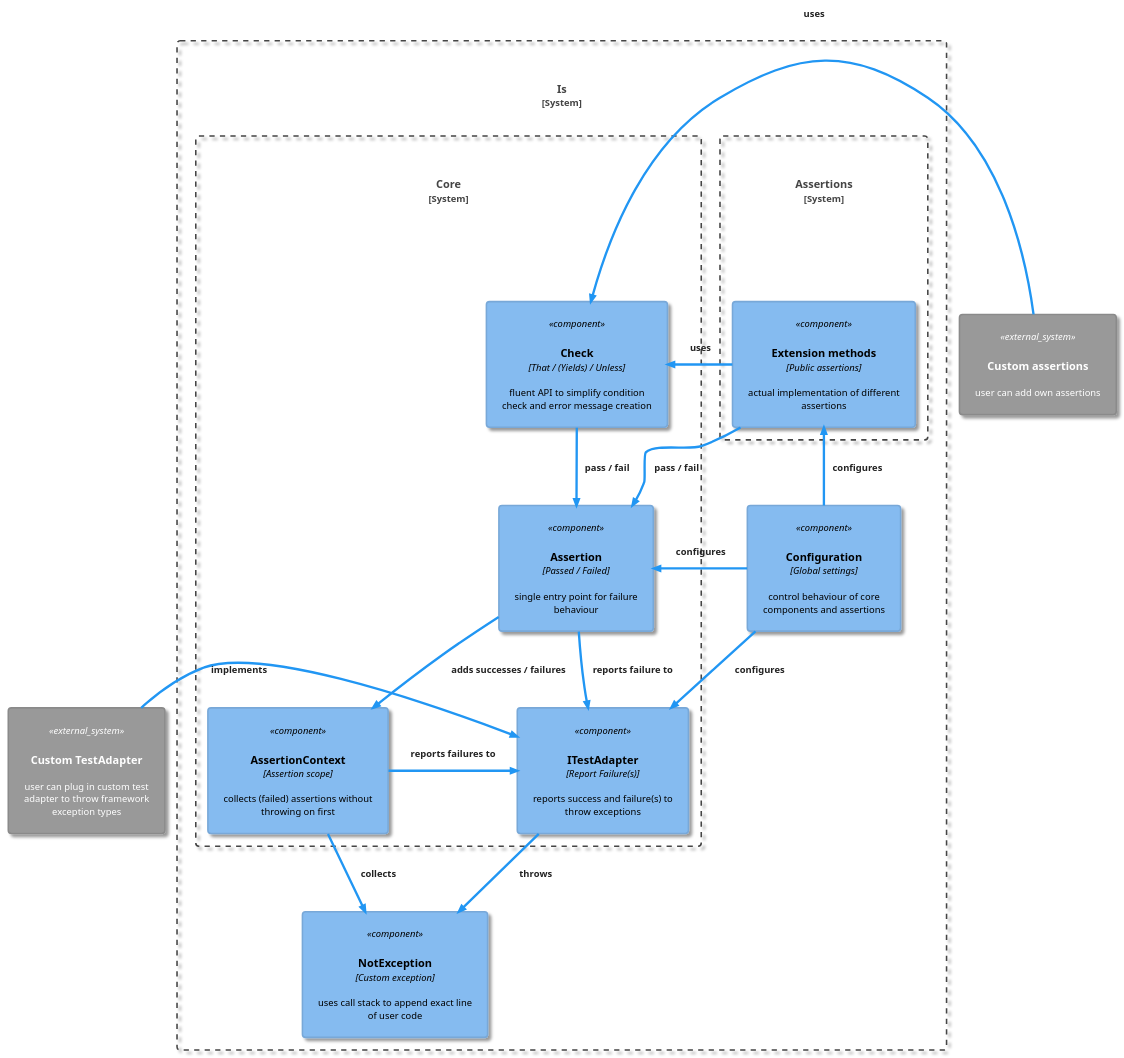
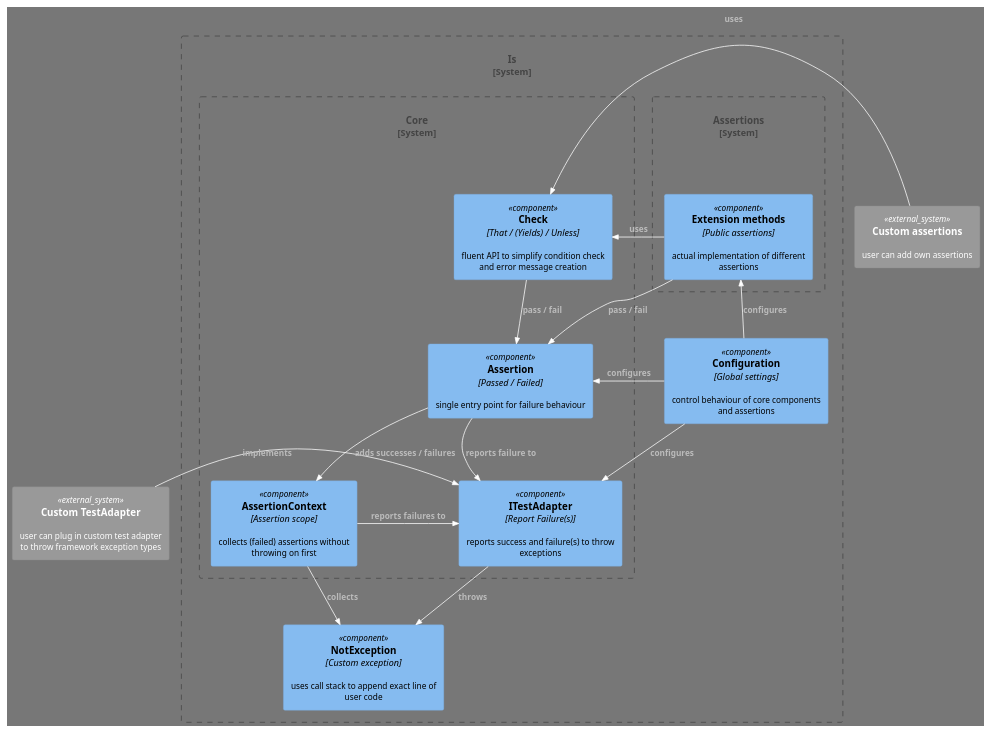
One commit to chrismo80/Is changed the diagram in Docs/Architecture.plantuml. Above: the diagram before and after it, drawn with PlantUML. The commit also changed 1 other file, not shown here.

Commit message:
Update architecture

```diff
--- a/Docs/Architecture.plantuml
+++ b/Docs/Architecture.plantuml
@@ -1,49 +1,51 @@
 @startuml "Architecture"
 
 !include <C4/C4_Component>
 
+!theme reddress-darkblue
+' !theme plain
 ' !theme metal
-!theme materia
+' !theme materia
 
 ' left to right direction
 
 System_Ext(ca, "Custom assertions", "user can add own assertions")
 System_Ext(cta, "Custom TestAdapter", "user can plug in custom test adapter to throw framework exception types")
 
 System_Boundary(Is, "Is") {
     Component(ex, "NotException", "Custom exception", "uses call stack to append exact line of user code")
     Component(conf, "Configuration", "Global settings", "control behaviour of core components and assertions")
 
     System_Boundary(Assertions, "Assertions") {
         Component(ext, "Extension methods", "Public assertions", "actual implementation of different assertions")
         }
 
     System_Boundary(Core, "Core") {
         Component(ass, "Assertion", "Passed / Failed", "single entry point for failure behaviour")
         Component(check, "Check", "That / (Yields) / Unless", "fluent API to simplify condition check and error message creation")
         Component(ctx, "AssertionContext", "Assertion scope", "collects (failed) assertions without throwing on first")
         Component(ita, "ITestAdapter", "Report Failure(s)", "reports success and failure(s) to throw exceptions")
         }
     }
 }
 
 Rel(ass, ita, "reports failure to")
 Rel(ctx, ex, "collects")
 Rel(ita, ex, "throws")
 Rel_R(cta, ita, "implements")
 
 Rel_U(ext, check, "uses")
 Rel(ext, ass, "pass / fail")
 Rel_L(ca, check, "uses")
 
 Rel_L(ctx, ita, "reports failures to")
 
 Rel(check, ass, "pass / fail")
 Rel(ass, ctx, "adds successes / failures")
 
 Rel_R(conf, ass, "configures")
 Rel(conf, ita, "configures")
 Rel_U(conf, ext, "configures")
 
 
 @enduml
```
